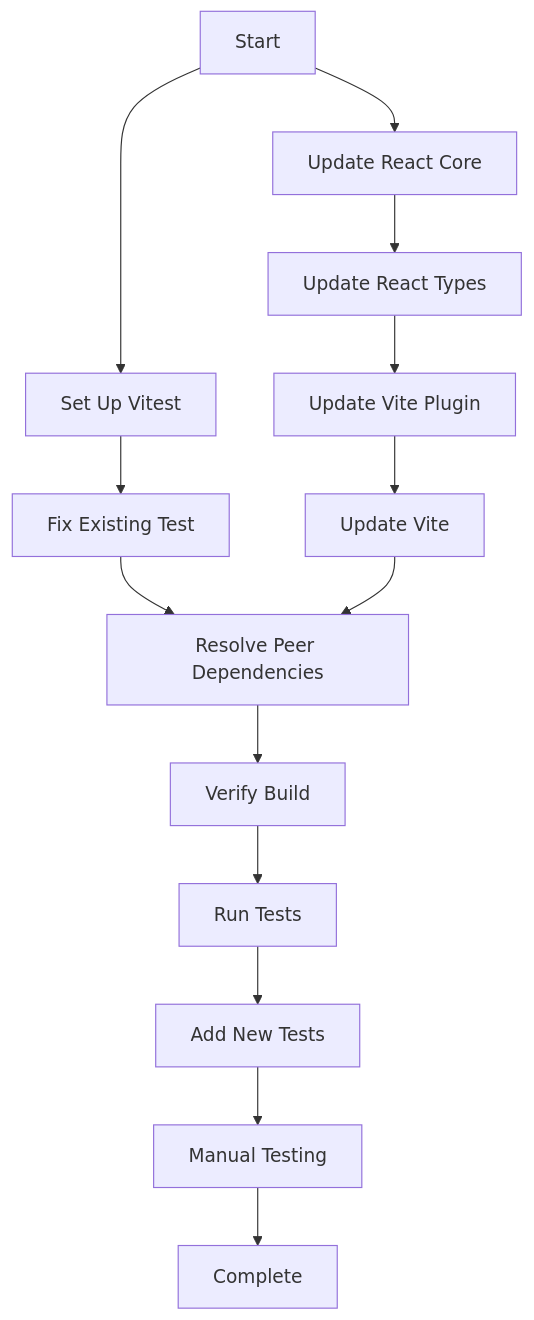
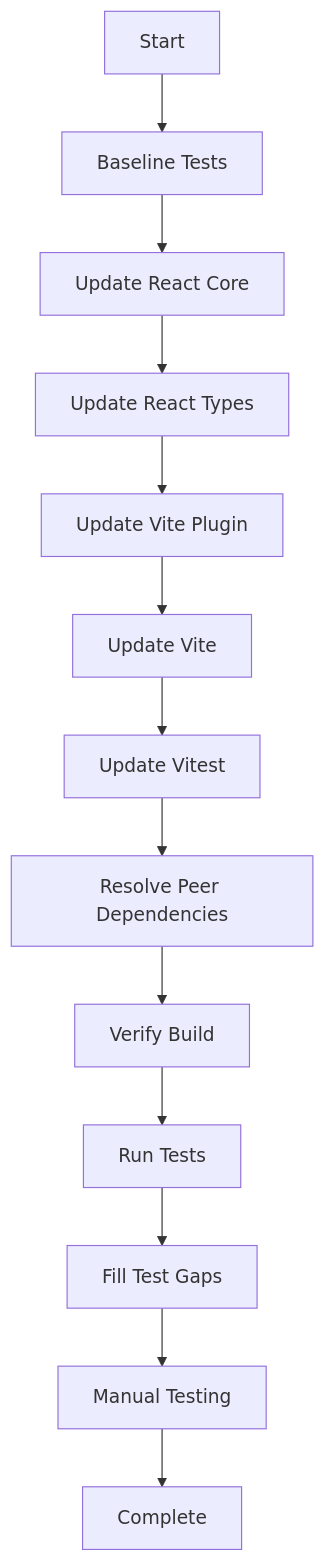
Before and after one commit to samcarrington/lovable-security-checklist: the diagram in plans/react-19-upgrade-plan.md, drawn with Mermaid. The commit also changed other lines of this file, not shown here.

Commit message:
docs(plan): update React 19 plan for Vitest infrastructure

````diff
--- a/plans/react-19-upgrade-plan.md
+++ b/plans/react-19-upgrade-plan.md
@@ -247,16 +238,15 @@
 ```mermaid
 graph TD
-    A[Start] --> B[Set Up Vitest]
-    B --> C[Fix Existing Test]
-    A --> D[Update React Core]
-    D --> E[Update React Types]
-    E --> F[Update Vite Plugin]
-    F --> G[Update Vite]
-    C --> H[Resolve Peer Dependencies]
-    G --> H
+    A[Start] --> B[Baseline Tests]
+    B --> C[Update React Core]
+    C --> D[Update React Types]
+    D --> E[Update Vite Plugin]
+    E --> F[Update Vite]
+    F --> G[Update Vitest]
+    G --> H[Resolve Peer Dependencies]
     H --> I[Verify Build]
     I --> J[Run Tests]
-    J --> K[Add New Tests]
+    J --> K[Fill Test Gaps]
     K --> L[Manual Testing]
     L --> M[Complete]
 ```
````
